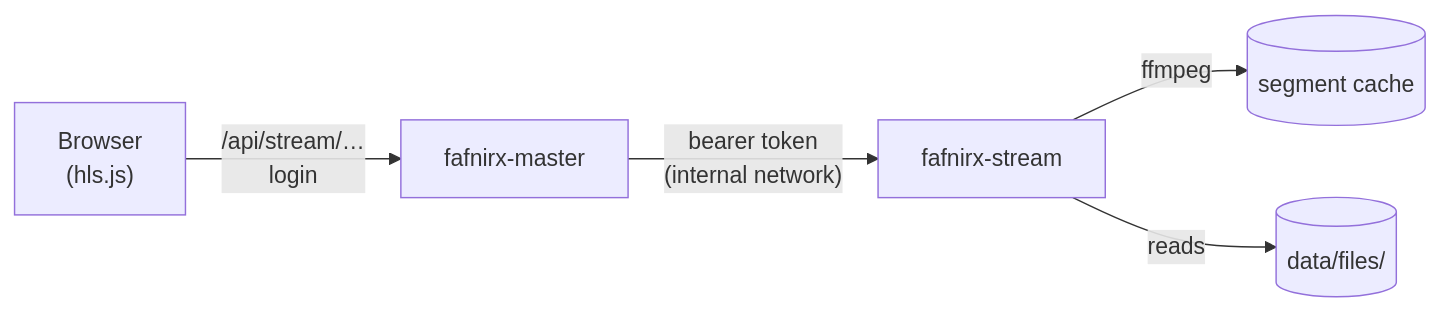
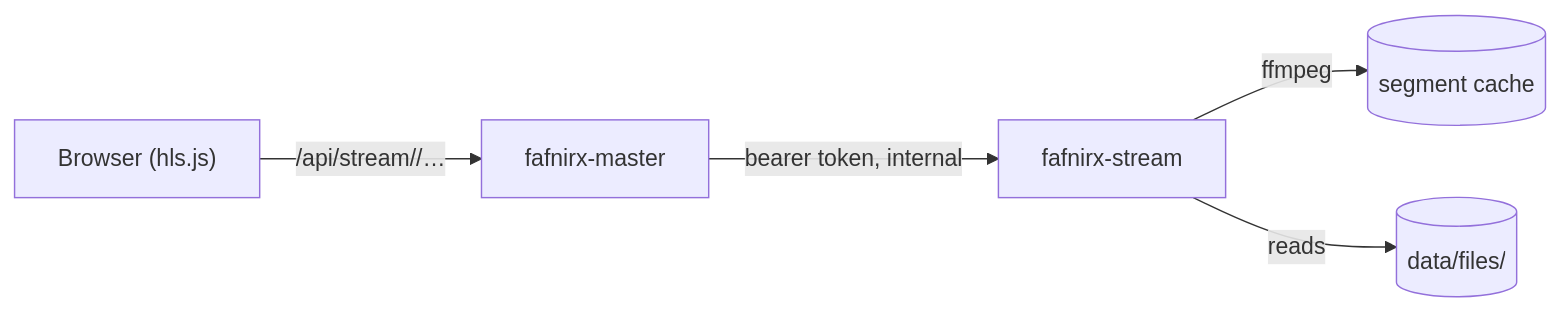
The diagram in docs/streaming.md (jameelhamdan/fafnirx), drawn with Mermaid before and after one commit. The commit also changed other lines of this file and 93 other files, not shown here.

````diff
--- a/docs/streaming.md
+++ b/docs/streaming.md
@@ -10,7 +6,7 @@
 ```mermaid
 flowchart LR
-    B["Browser<br/>(hls.js)"] -- "/api/stream/…<br/>login" --> M["fafnirx-master"]
-    M -- "bearer token<br/>(internal network)" --> S["fafnirx-stream"]
+    B["Browser (hls.js)"] -- "/api/stream/<file id>/…" --> M["fafnirx-master"]
+    M -- "bearer token, internal" --> S["fafnirx-stream"]
     S -- "ffmpeg" --> C[("segment cache")]
     S -- "reads" --> F[("data/files/")]
 ```
````
